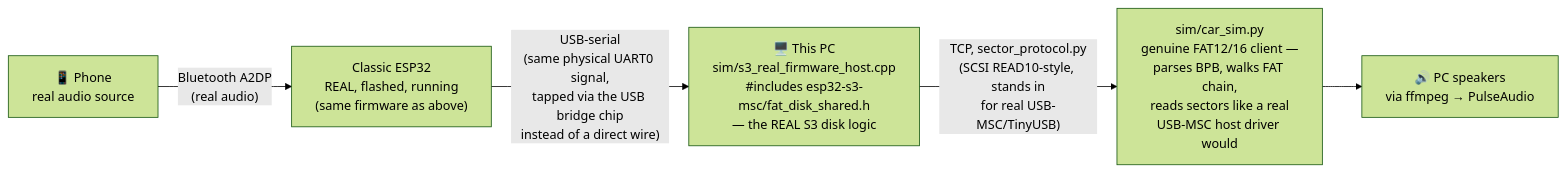
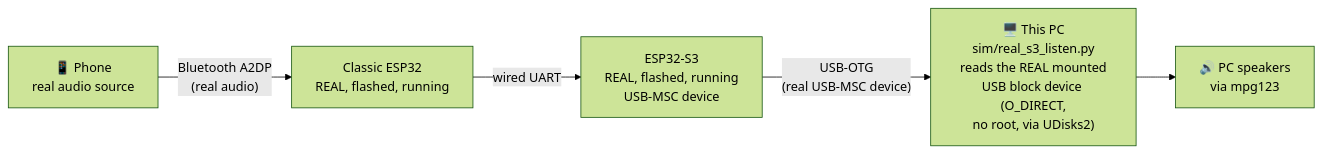
One commit to Silenttttttt/esp32-bt-usb-mp3-dongle changed the second of 3 diagrams in ARCHITECTURE.md. Above: the diagram before and after it, drawn with Mermaid (forest theme). The commit also changed other lines of this file and 16 other files, not shown here.

````diff
--- a/ARCHITECTURE.md
+++ b/ARCHITECTURE.md
@@ -78,13 +78,13 @@
 ```mermaid
 graph LR
     Phone["📱 Phone<br/>real audio source"]
-    Classic["Classic ESP32<br/>REAL, flashed, running<br/>(same firmware as above)"]
-    PC["🖥️ This PC<br/>sim/s3_real_firmware_host.cpp<br/>#includes esp32-s3-msc/fat_disk_shared.h<br/>— the REAL S3 disk logic"]
-    CarSim["sim/car_sim.py<br/>genuine FAT12/16 client —<br/>parses BPB, walks FAT chain,<br/>reads sectors like a real<br/>USB-MSC host driver would"]
-    Speakers["🔊 PC speakers<br/>via ffmpeg → PulseAudio"]
+    Classic["Classic ESP32<br/>REAL, flashed, running"]
+    S3["ESP32-S3<br/>REAL, flashed, running<br/>USB-MSC device"]
+    PC["🖥️ This PC<br/>sim/real_s3_listen.py<br/>reads the REAL mounted<br/>USB block device (O_DIRECT,<br/>no root, via UDisks2)"]
+    Speakers["🔊 PC speakers<br/>via mpg123"]
 
     Phone -- "Bluetooth A2DP<br/>(real audio)" --> Classic
-    Classic -- "USB-serial<br/>(same physical UART0 signal,<br/>tapped via the USB bridge chip<br/>instead of a direct wire)" --> PC
-    PC -- "TCP, sector_protocol.py<br/>(SCSI READ10-style, stands in<br/>for real USB-MSC/TinyUSB)" --> CarSim
-    CarSim --> Speakers
+    Classic -- "wired UART" --> S3
+    S3 -- "USB-OTG<br/>(real USB-MSC device)" --> PC
+    PC --> Speakers
 ```
````
